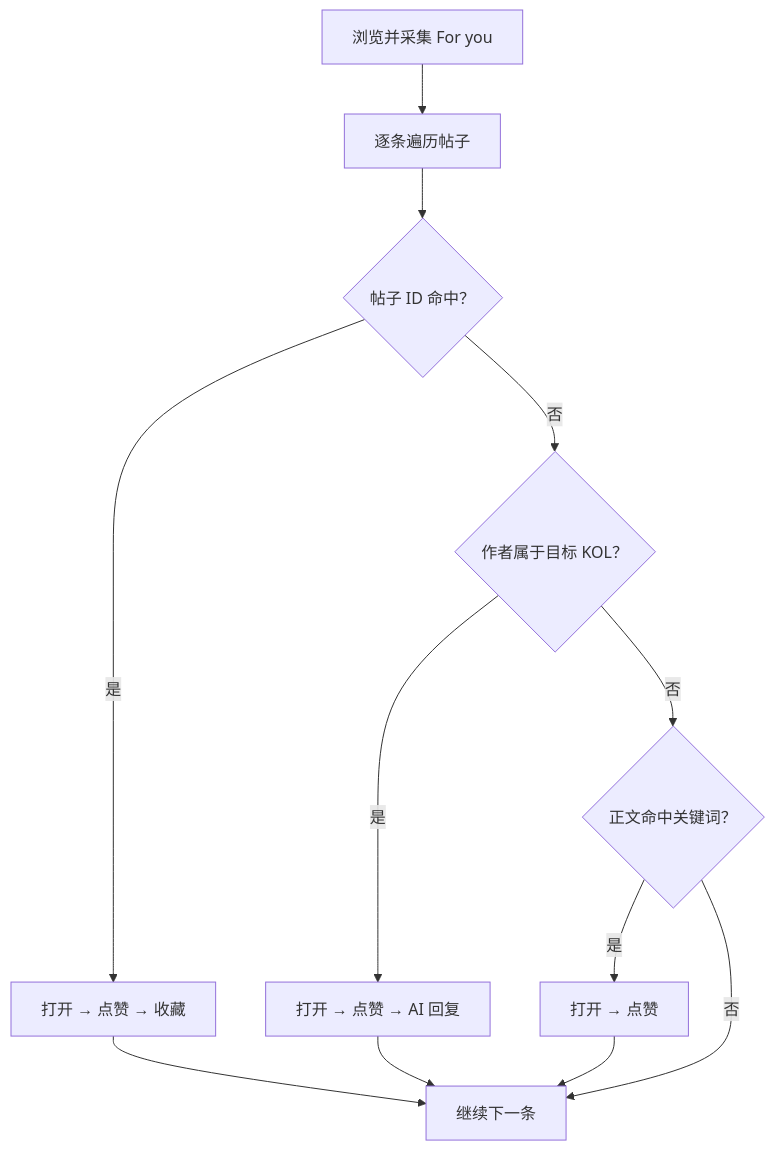
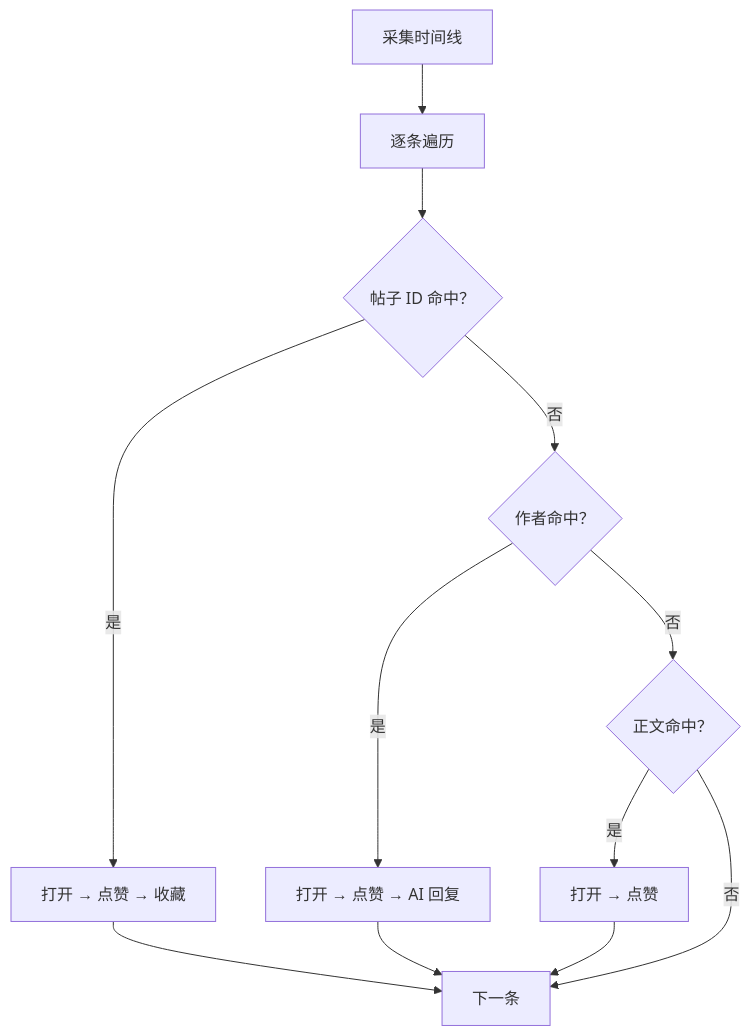
Before and after one commit to xy459/auto-x: the second of 3 diagrams in docs/visual-workflow-engine-design.md, drawn with Mermaid. The commit also changed other lines of this file and 96 other files, not shown here.

````diff
--- a/docs/visual-workflow-engine-design.md
+++ b/docs/visual-workflow-engine-design.md
@@ -575,14 +140,14 @@
-~~~mermaid
+```mermaid
 flowchart TD
-    Collect["浏览并采集 For you"] --> Each["逐条遍历帖子"]
+    Collect["采集时间线"] --> Each["逐条遍历"]
     Each --> MatchID{"帖子 ID 命中？"}
     MatchID -- 是 --> IDActions["打开 → 点赞 → 收藏"]
-    MatchID -- 否 --> MatchKOL{"作者属于目标 KOL？"}
-    MatchKOL -- 是 --> KOLActions["打开 → 点赞 → AI 回复"]
-    MatchKOL -- 否 --> MatchText{"正文命中关键词？"}
+    MatchID -- 否 --> MatchAuthor{"作者命中？"}
+    MatchAuthor -- 是 --> AuthorActions["打开 → 点赞 → AI 回复"]
+    MatchAuthor -- 否 --> MatchText{"正文命中？"}
     MatchText -- 是 --> TextActions["打开 → 点赞"]
-    MatchText -- 否 --> Next["继续下一条"]
+    MatchText -- 否 --> Next["下一条"]
     IDActions --> Next
-    KOLActions --> Next
+    AuthorActions --> Next
     TextActions --> Next
-~~~
+```
````
